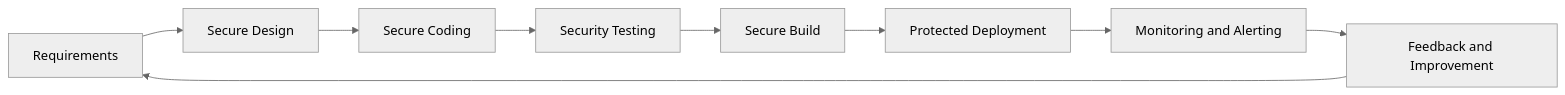
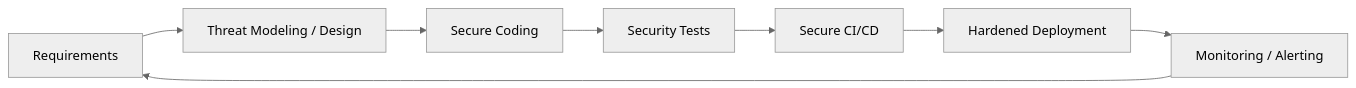
Before and after one commit to AvadhBhalodiya/Interview-Preparation: the third of 3 diagrams in src/content/security/owasp-top-10.md, drawn with Mermaid (neutral theme). The commit also changed other lines of this file and 54 other files, not shown here.

````diff
--- a/src/content/security/owasp-top-10.md
+++ b/src/content/security/owasp-top-10.md
@@ -134,11 +727,10 @@
 ```mermaid
 flowchart LR
-    R[Requirements] --> D[Secure Design]
+    R[Requirements] --> D[Threat Modeling / Design]
     D --> C[Secure Coding]
-    C --> T[Security Testing]
-    T --> B[Secure Build]
-    B --> P[Protected Deployment]
-    P --> M[Monitoring and Alerting]
-    M --> F[Feedback and Improvement]
-    F --> R
+    C --> T[Security Tests]
+    T --> B[Secure CI/CD]
+    B --> P[Hardened Deployment]
+    P --> M[Monitoring / Alerting]
+    M --> R
 ```
````
